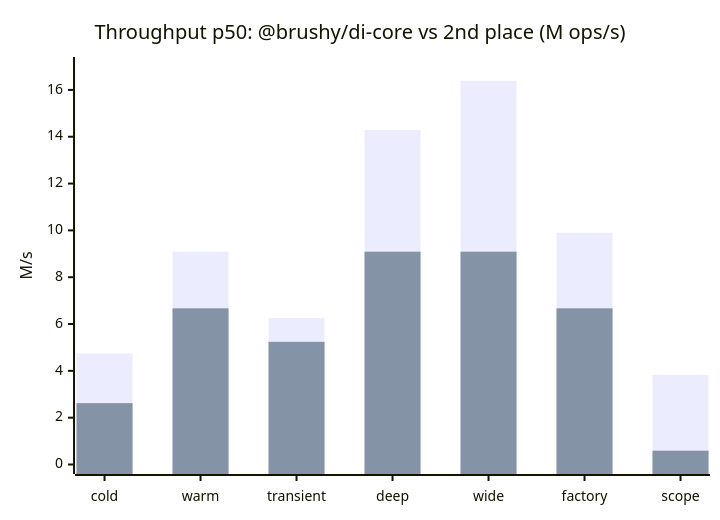
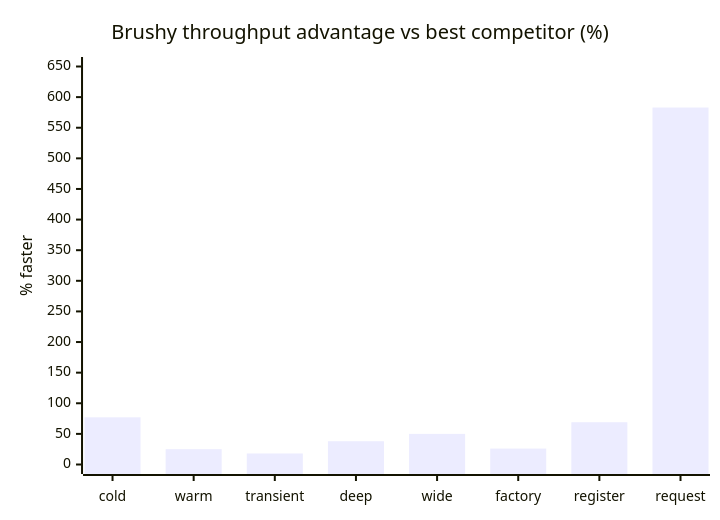
Before and after one commit to brushysuite/brushy-librarys: the diagram in packages/di/README.md, drawn with Mermaid. The commit also changed other lines of this file and 308 other files, not shown here.

````diff
--- a/packages/di/README.md
+++ b/packages/di/README.md
@@ -46,8 +154,7 @@
 ```mermaid
 xychart-beta
-    title "Throughput p50: @brushy/di-core vs 2nd place (M ops/s)"
-    x-axis ["cold", "warm", "transient", "deep", "wide", "factory", "scope"]
-    y-axis "M/s" 0 --> 17
-    bar "brushy" [4.74, 9.09, 6.25, 14.29, 16.39, 9.90, 3.83]
-    bar "2nd place" [2.62, 6.67, 5.24, 9.09, 9.09, 6.67, 0.59]
+    title "Brushy throughput advantage vs best competitor (%)"
+    x-axis ["cold", "warm", "transient", "deep", "wide", "factory", "register", "request"]
+    y-axis "% faster" 0 --> 650
+    bar [77, 25, 18, 38, 50, 26, 69, 583]
 ```
````
